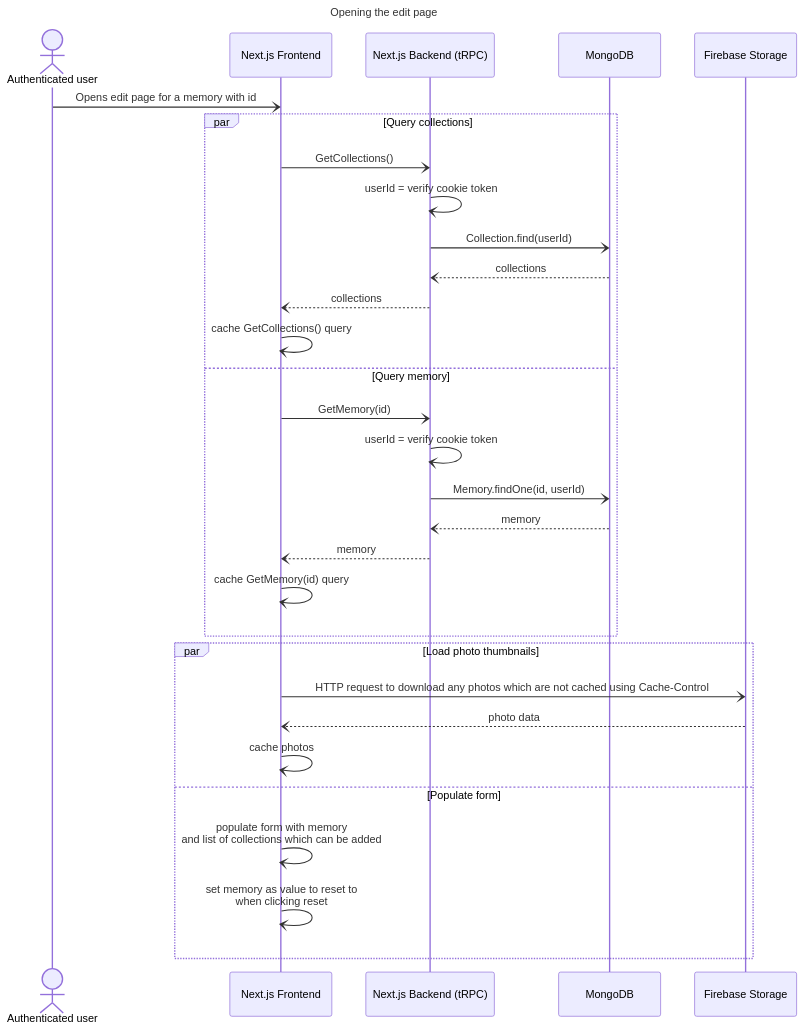
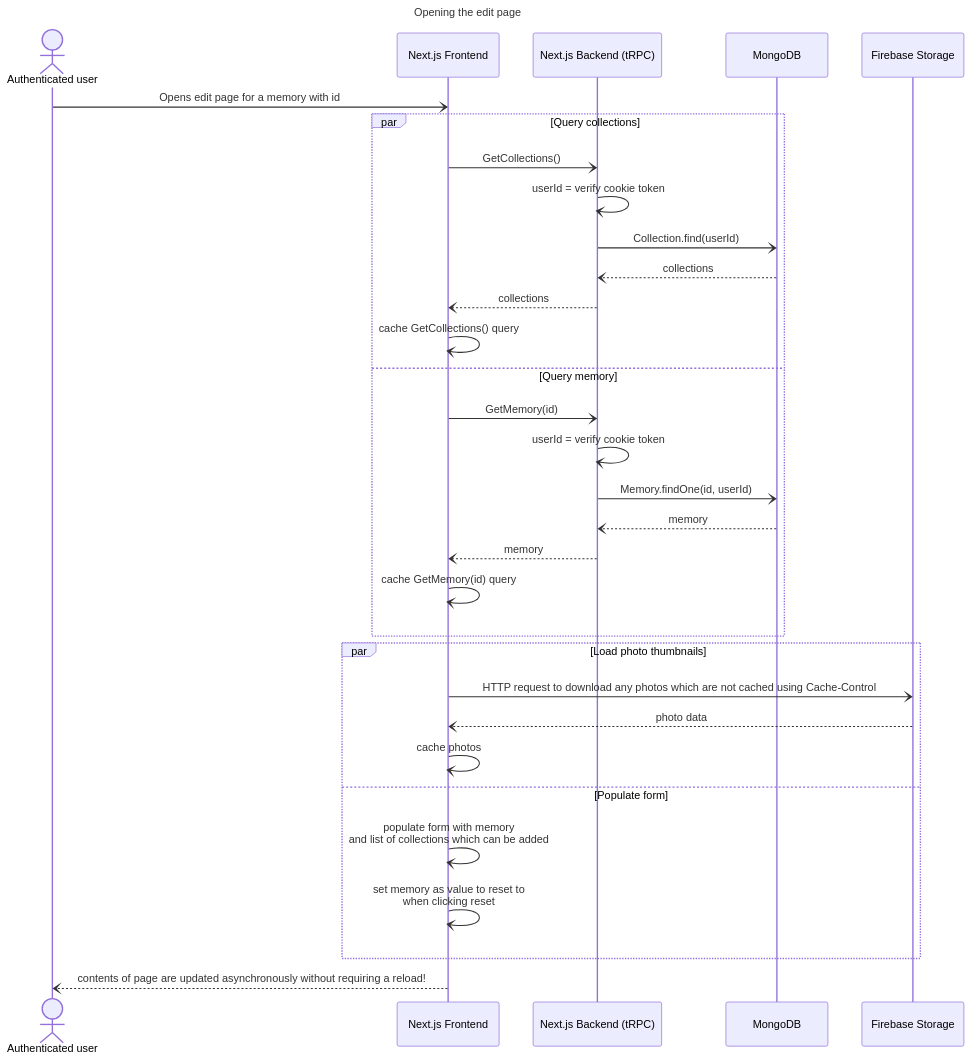
The diagram in mermaid/edit_open.mmd (water-bottle-it-project/personal-registry-app), drawn with Mermaid before and after one commit. The commit also changed 1 other file, not shown here.

Commit message:
WB-137 spelling corrections for Mermaid diagrams

```diff
--- a/mermaid/edit_open.mmd
+++ b/mermaid/edit_open.mmd
@@ -1,31 +1,32 @@
 sequenceDiagram
   title Opening the edit page
   actor U as Authenticated user
   participant N as Next.js Frontend
   participant T as Next.js Backend (tRPC)
   participant M as MongoDB
   participant F as Firebase Storage
       U-)N: Opens edit page for a memory with id
   par Query collections
     N-)T: GetCollections()
     T-)T: userId = verify cookie token
     T-)M: Collection.find(userId)
     M--)T: collections
     T--)N: collections
     N-)N: cache GetCollections() query
   and Query memory
     N-)T: GetMemory(id)
     T-)T: userId = verify cookie token
     T-)M: Memory.findOne(id, userId)
     M--)T: memory
     T--)N: memory
     N-)N: cache GetMemory(id) query
   end
   par Load photo thumbnails
     N-)F: HTTP request to download any photos which are not cached using Cache-Control
     F--)N: photo data
     N-)N: cache photos
   and Populate form
     N-)N: populate form with memory<br>and list of collections which can be added
     N-)N: set memory as value to reset to<br>when clicking reset
   end
+  N--)U: contents of page are updated asynchronously without requiring a reload!
```
